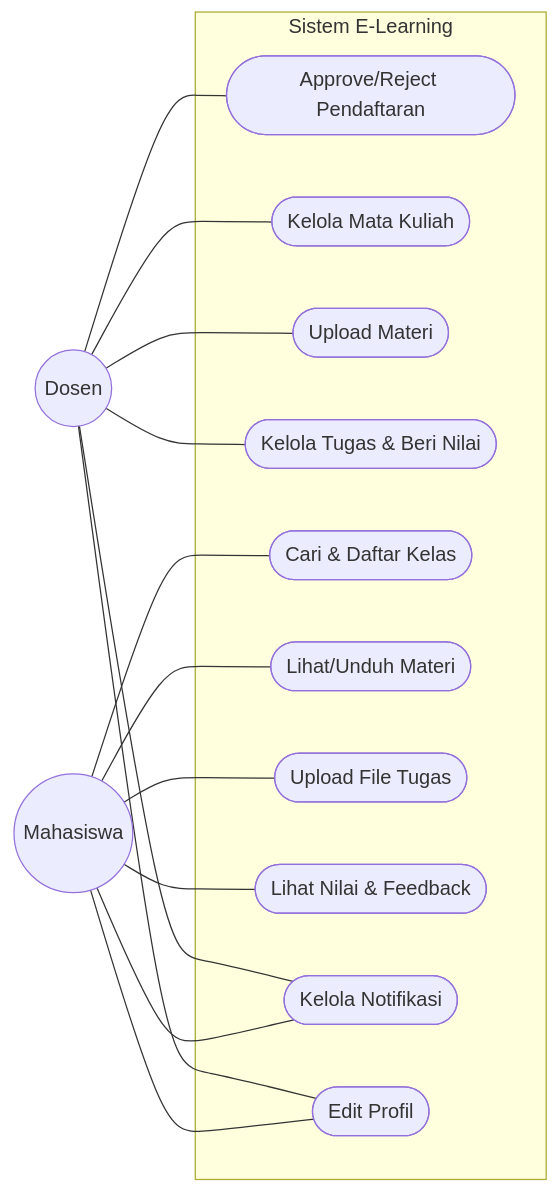
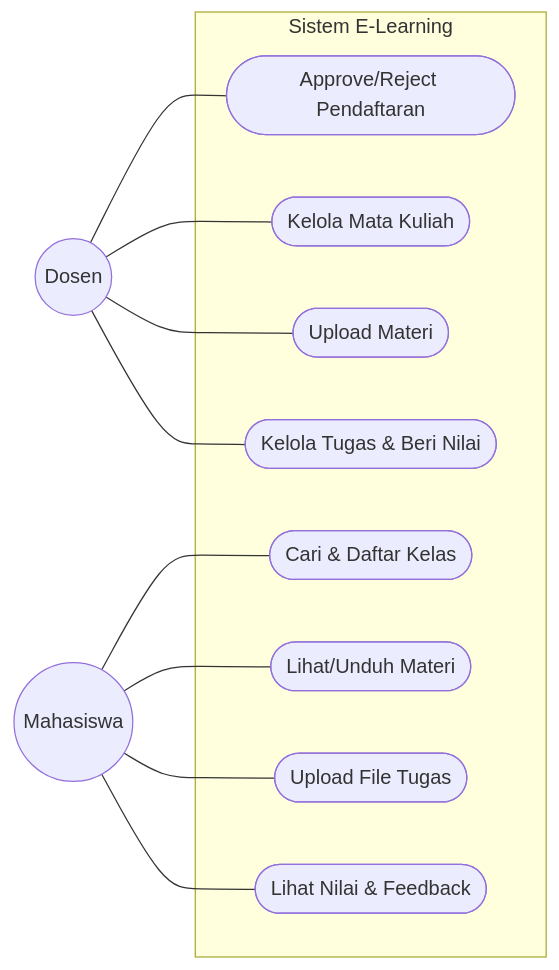
The first of 3 diagrams in README.md (faiq1940/ELEAR), drawn with Mermaid before and after one commit. The commit also changed other lines of this file, not shown here.

````diff
--- a/README.md
+++ b/README.md
@@ -291,32 +76,25 @@
 ```mermaid
 graph LR
-    Dosen((Dosen))
-    Mahasiswa((Mahasiswa))
+Dosen((Dosen))
+Mahasiswa((Mahasiswa))
 
-    subgraph SISTEM["Sistem E-Learning"]
-        UC1(["Approve/Reject Pendaftaran"])
-        UC2(["Kelola Mata Kuliah"])
-        UC3(["Upload Materi"])
-        UC4(["Kelola Tugas & Beri Nilai"])
-        UC5(["Cari & Daftar Kelas"])
-        UC6(["Lihat/Unduh Materi"])
-        UC7(["Upload File Tugas"])
-        UC8(["Lihat Nilai & Feedback"])
-        UC9(["Kelola Notifikasi"])
-        UC10(["Edit Profil"])
-    end
+subgraph SISTEM["Sistem E-Learning"]
+UC1(["Approve/Reject Pendaftaran"])
+UC2(["Kelola Mata Kuliah"])
+UC3(["Upload Materi"])
+UC4(["Kelola Tugas & Beri Nilai"])
+UC5(["Cari & Daftar Kelas"])
+UC6(["Lihat/Unduh Materi"])
+UC7(["Upload File Tugas"])
+UC8(["Lihat Nilai & Feedback"])
+end
 
-    Dosen --- UC1
-    Dosen --- UC2
-    Dosen --- UC3
-    Dosen --- UC4
-    Dosen --- UC9
-    Dosen --- UC10
-
-    Mahasiswa --- UC5
-    Mahasiswa --- UC6
-    Mahasiswa --- UC7
-    Mahasiswa --- UC8
-    Mahasiswa --- UC9
-    Mahasiswa --- UC10
+Dosen --- UC1
+Dosen --- UC2
+Dosen --- UC3
+Dosen --- UC4
+Mahasiswa --- UC5
+Mahasiswa --- UC6
+Mahasiswa --- UC7
+Mahasiswa --- UC8
 ```
````
